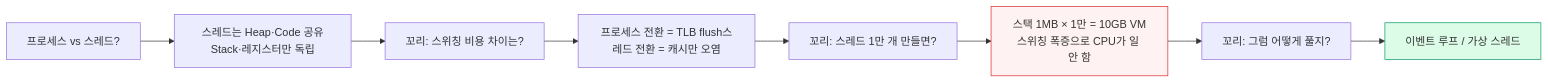
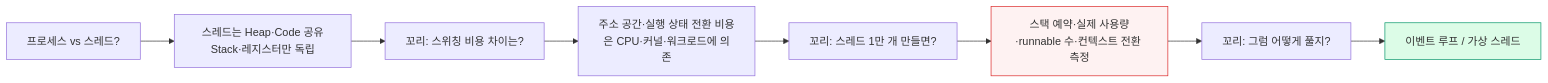
Before and after one commit to hyeongseoblim/systemdesign: the third of 4 diagrams in apps/api/src/main/resources/content/cs-06-interview-fundamentals.md, drawn with Mermaid. The commit also changed other lines of this file and 96 other files, not shown here.

````diff
--- a/apps/api/src/main/resources/content/cs-06-interview-fundamentals.md
+++ b/apps/api/src/main/resources/content/cs-06-interview-fundamentals.md
@@ -103,13 +103,13 @@
 ```mermaid
 flowchart LR
     Q["프로세스 vs 스레드?"] --> A["스레드는 Heap·Code 공유Stack·레지스터만 독립"]
     A --> T1["꼬리: 스위칭 비용 차이는?"]
-    T1 --> B["프로세스 전환 = TLB flush스레드 전환 = 캐시만 오염"]
+    T1 --> B["주소 공간·실행 상태 전환 비용은 CPU·커널·워크로드에 의존"]
     B --> T2["꼬리: 스레드 1만 개 만들면?"]
-    T2 --> C["스택 1MB × 1만 = 10GB VM스위칭 폭증으로 CPU가 일 안 함"]
+    T2 --> C["스택 예약·실제 사용량·runnable 수·컨텍스트 전환 측정"]
     C --> T3["꼬리: 그럼 어떻게 풀지?"]
     T3 --> D["이벤트 루프 / 가상 스레드"]
 
     style C fill:#fef2f2,stroke:#dc2626
     style D fill:#dcfce7,stroke:#059669
 ```
````
